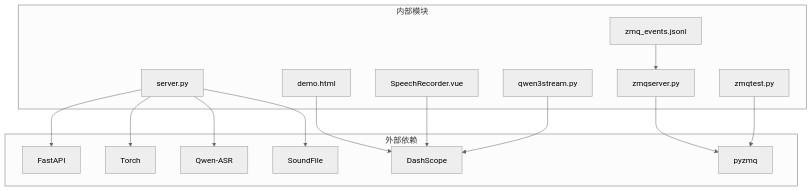
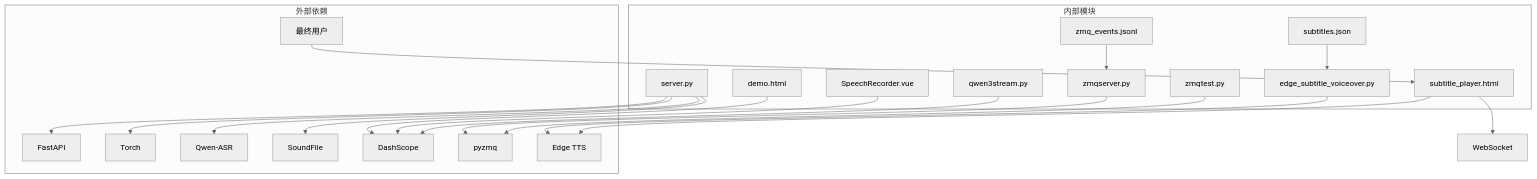
One commit to 1024dashen/Vue3Speech changed the tenth of 13 diagrams in .qoder/repowiki/zh/content/后端服务架构/WebSocket实时处理.md. Above: the diagram before and after it, drawn with Mermaid (neutral theme). The commit also changed other lines of this file and 7 other files, not shown here.

````diff
--- a/.qoder/repowiki/zh/content/后端服务架构/WebSocket实时处理.md
+++ b/.qoder/repowiki/zh/content/后端服务架构/WebSocket实时处理.md
@@ -442,30 +626,41 @@
 ```mermaid
 graph TB
 subgraph "外部依赖"
 FastAPI[FastAPI]
 Torch[Torch]
 QwenASR[Qwen-ASR]
 SoundFile[SoundFile]
 DashScope[DashScope]
 PyZMQ[pyzmq]
+EdgeTTS[Edge TTS]
+EndUser[最终用户]
 end
 subgraph "内部模块"
 Server[server.py]
 Demo[demo.html]
+SubtitlePlayer[subtitle_player.html]
 Vue[SpeechRecorder.vue]
 Stream[qwen3stream.py]
 ZMQServer[zmqserver.py]
 ZMQTest[zmqtest.py]
 EventFile[zmq_events.jsonl]
+EdgeVoiceover[edge_subtitle_voiceover.py]
+Subtitles[subtitles.json]
+EndUser[最终用户]
 end
 Server --> FastAPI
 Server --> Torch
 Server --> QwenASR
 Server --> SoundFile
 Demo --> DashScope
 Vue --> DashScope
 Stream --> DashScope
 ZMQServer --> PyZMQ
 ZMQTest --> PyZMQ
 EventFile --> ZMQServer
+EdgeVoiceover --> EdgeTTS
+Subtitles --> EdgeVoiceover
+SubtitlePlayer --> WebSocket
+SubtitlePlayer --> EdgeTTS
+EndUser --> SubtitlePlayer
 ```
````
